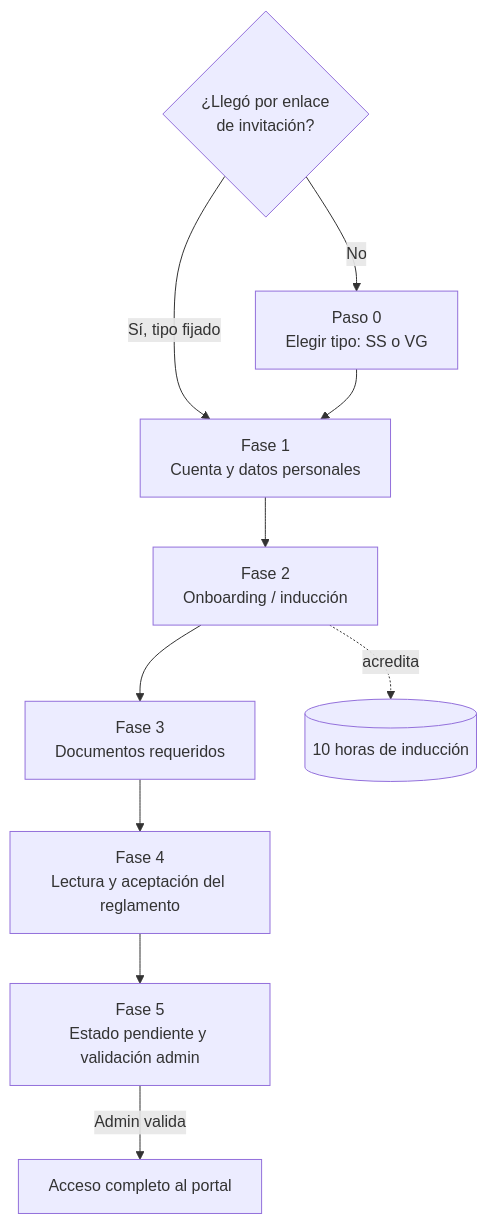
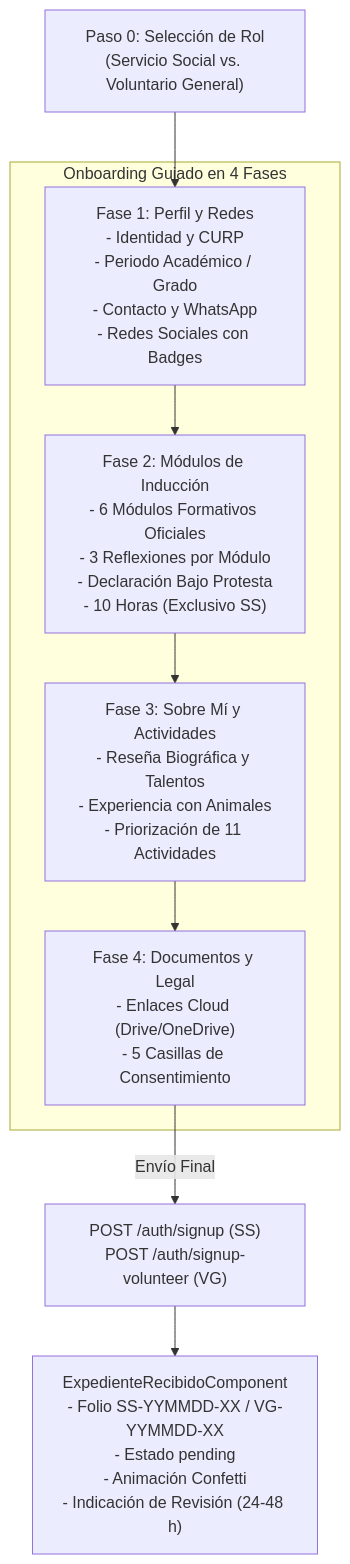
The second of 2 diagrams in docs/technical/auth-design.md (proyecto-web-abaq/documentation), drawn with Mermaid before and after one commit. The commit also changed other lines of this file and 59 other files, not shown here.

````diff
--- a/docs/technical/auth-design.md
+++ b/docs/technical/auth-design.md
@@ -102,12 +118,16 @@
 ```mermaid
 flowchart TD
-    L{"¿Llegó por enlace<br/>de invitación?"} -->|Sí, tipo fijado| F1
-    L -->|No| P0["Paso 0<br/>Elegir tipo: SS o VG"]
-    P0 --> F1
-    F1["Fase 1<br/>Cuenta y datos personales"] --> F2["Fase 2<br/>Onboarding / inducción"]
-    F2 --> F3["Fase 3<br/>Documentos requeridos"]
-    F3 --> F4["Fase 4<br/>Lectura y aceptación del reglamento"]
-    F4 --> F5["Fase 5<br/>Estado pendiente y validación admin"]
-    F5 -->|Admin valida| OK["Acceso completo al portal"]
-    F2 -.acredita.-> H10[("10 horas de inducción")]
+    P0["Paso 0: Selección de Rol<br/>(Servicio Social vs. Voluntario General)"] --> F1
+    
+    subgraph Onboarding ["Onboarding Guiado en 4 Fases"]
+        F1["Fase 1: Perfil y Redes<br/>- Identidad y CURP<br/>- Periodo Académico / Grado<br/>- Contacto y WhatsApp<br/>- Redes Sociales con Badges"]
+        F2["Fase 2: Módulos de Inducción<br/>- 6 Módulos Formativos Oficiales<br/>- 3 Reflexiones por Módulo<br/>- Declaración Bajo Protesta<br/>- 10 Horas (Exclusivo SS)"]
+        F3["Fase 3: Sobre Mí y Actividades<br/>- Reseña Biográfica y Talentos<br/>- Experiencia con Animales<br/>- Priorización de 11 Actividades"]
+        F4["Fase 4: Documentos y Legal<br/>- Enlaces Cloud (Drive/OneDrive)<br/>- 5 Casillas de Consentimiento"]
+        
+        F1 --> F2 --> F3 --> F4
+    end
+    
+    F4 -->|Envío Final| POST["POST /auth/signup (SS)<br/>POST /auth/signup-volunteer (VG)"]
+    POST --> EX["ExpedienteRecibidoComponent<br/>- Folio SS-YYMMDD-XX / VG-YYMMDD-XX<br/>- Estado pending<br/>- Animación Confetti<br/>- Indicación de Revisión (24-48 h)"]
 ```
````
